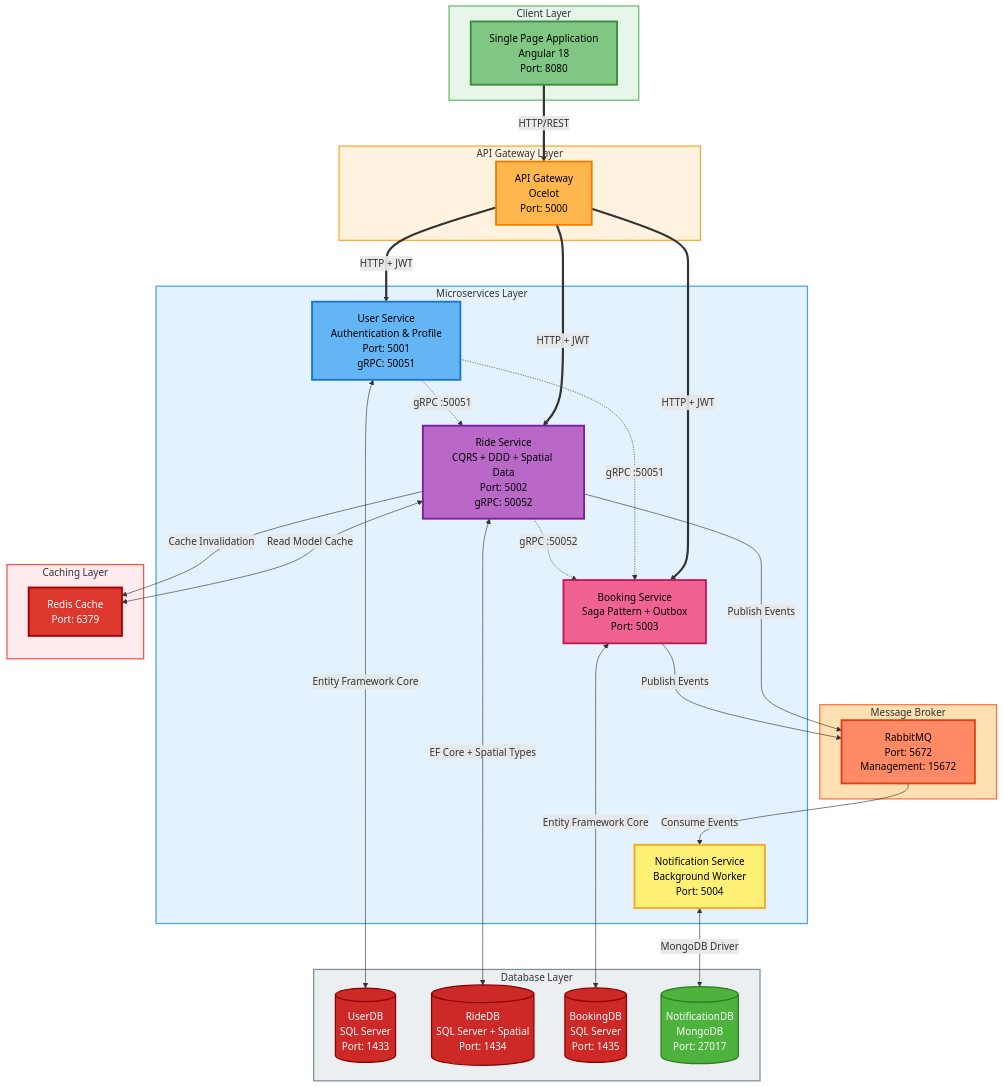
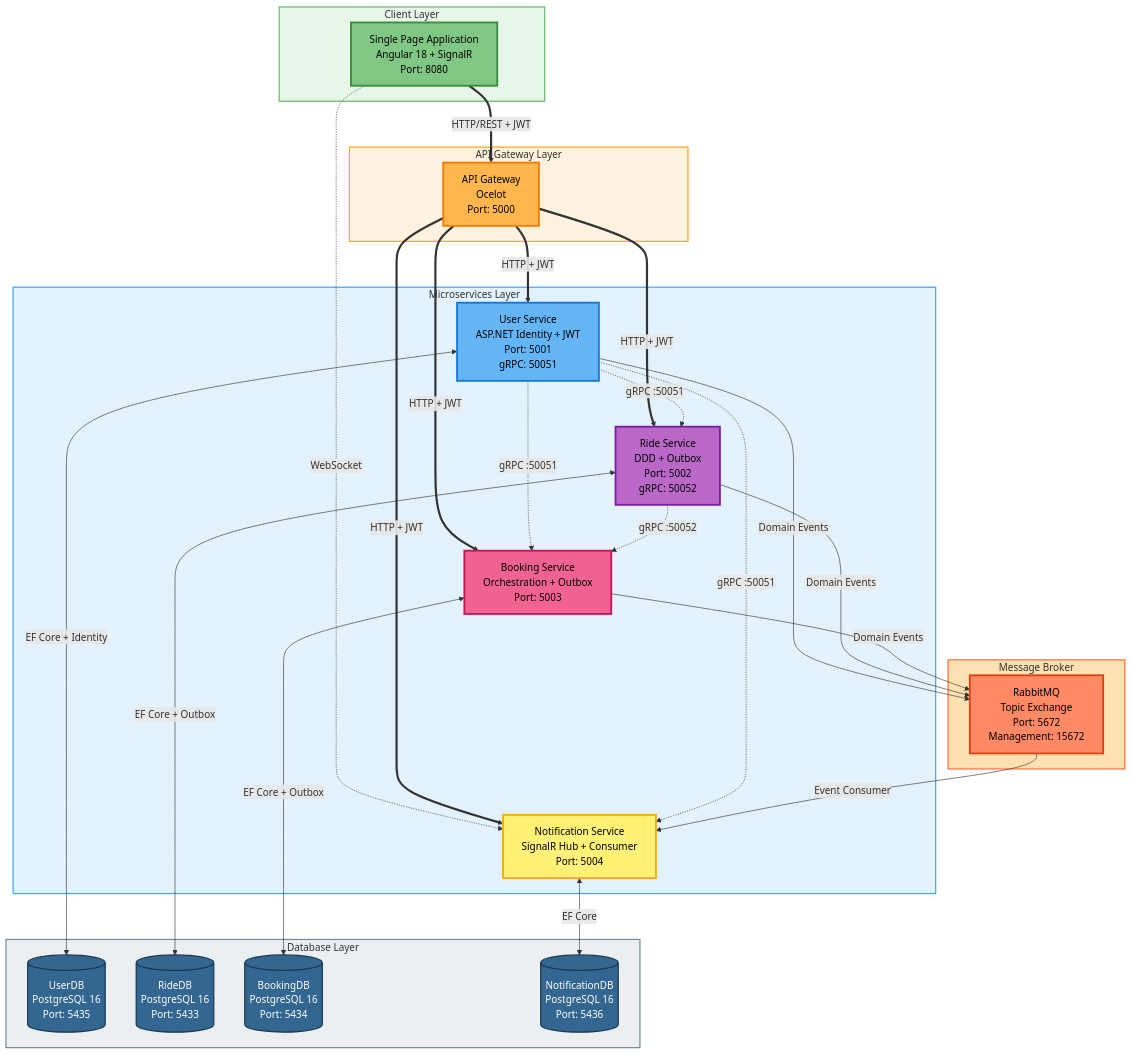
Before and after one commit to marijaa010/RideBuddy: the diagram in RideBuddy/diagrams/systemArchitecture.mmd, drawn with Mermaid.

```diff
--- a/RideBuddy/diagrams/systemArchitecture.mmd
+++ b/RideBuddy/diagrams/systemArchitecture.mmd
@@ -1,71 +1,67 @@
 graph TB
     subgraph Client["Client Layer"]
-        SPA["Single Page Application<br/>Angular 18<br/>Port: 8080"]
+        SPA["Single Page Application<br/>Angular 18 + SignalR<br/>Port: 8080"]
     end
     
     subgraph Gateway["API Gateway Layer"]
         APIGW["API Gateway<br/>Ocelot<br/>Port: 5000"]
     end
     
     subgraph Services["Microservices Layer"]
-        US["User Service<br/>Authentication & Profile<br/>Port: 5001<br/>gRPC: 50051"]
-        RS["Ride Service<br/>CQRS + DDD + Spatial Data<br/>Port: 5002<br/>gRPC: 50052"]
-        BS["Booking Service<br/>Saga Pattern + Outbox<br/>Port: 5003"]
-        NS["Notification Service<br/>Background Worker<br/>Port: 5004"]
-    end
-    
-    subgraph Cache["Caching Layer"]
-        Redis["Redis Cache<br/>Port: 6379"]
+        US["User Service<br/>ASP.NET Identity + JWT<br/>Port: 5001<br/>gRPC: 50051"]
+        RS["Ride Service<br/>DDD + Outbox<br/>Port: 5002<br/>gRPC: 50052"]
+        BS["Booking Service<br/>Orchestration + Outbox<br/>Port: 5003"]
+        NS["Notification Service<br/>SignalR Hub + Consumer<br/>Port: 5004"]
     end
     
     subgraph Messaging["Message Broker"]
-        RMQ["RabbitMQ<br/>Port: 5672<br/>Management: 15672"]
+        RMQ["RabbitMQ<br/>Topic Exchange<br/>Port: 5672<br/>Management: 15672"]
     end
     
     subgraph Databases["Database Layer"]
-        DB1[("UserDB<br/>SQL Server<br/>Port: 1433")]
-        DB2[("RideDB<br/>SQL Server + Spatial<br/>Port: 1434")]
-        DB3[("BookingDB<br/>SQL Server<br/>Port: 1435")]
-        DB4[("NotificationDB<br/>MongoDB<br/>Port: 27017")]
+        DB1[("UserDB<br/>PostgreSQL 16<br/>Port: 5435")]
+        DB2[("RideDB<br/>PostgreSQL 16<br/>Port: 5433")]
+        DB3[("BookingDB<br/>PostgreSQL 16<br/>Port: 5434")]
+        DB4[("NotificationDB<br/>PostgreSQL 16<br/>Port: 5436")]
     end
     
-    SPA ==>|HTTP/REST| APIGW
+    SPA ==>|HTTP/REST + JWT| APIGW
+    SPA -.->|WebSocket| NS
+    
     APIGW ==>|HTTP + JWT| US
     APIGW ==>|HTTP + JWT| RS
     APIGW ==>|HTTP + JWT| BS
+    APIGW ==>|HTTP + JWT| NS
     
     US -.->|gRPC :50051| RS
     US -.->|gRPC :50051| BS
+    US -.->|gRPC :50051| NS
     RS -.->|gRPC :50052| BS
     
-    RS -->|Publish Events| RMQ
-    BS -->|Publish Events| RMQ
-    RMQ -->|Consume Events| NS
+    US -->|Domain Events| RMQ
+    RS -->|Domain Events| RMQ
+    BS -->|Domain Events| RMQ
+    RMQ -->|Event Consumer| NS
     
-    RS <-->|Read Model Cache| Redis
-    RS -->|Cache Invalidation| Redis
-    
-    US <-->|Entity Framework Core| DB1
-    RS <-->|EF Core + Spatial Types| DB2
-    BS <-->|Entity Framework Core| DB3
-    NS <-->|MongoDB Driver| DB4
+    US <-->|EF Core + Identity| DB1
+    RS <-->|EF Core + Outbox| DB2
+    BS <-->|EF Core + Outbox| DB3
+    NS <-->|EF Core| DB4
     
     style SPA fill:#81C784,stroke:#388E3C,stroke-width:3px,color:#000
     style APIGW fill:#FFB74D,stroke:#F57C00,stroke-width:3px,color:#000
     style US fill:#64B5F6,stroke:#1976D2,stroke-width:3px,color:#000
     style RS fill:#BA68C8,stroke:#7B1FA2,stroke-width:3px,color:#000
     style BS fill:#F06292,stroke:#C2185B,stroke-width:3px,color:#000
     style NS fill:#FFF176,stroke:#F9A825,stroke-width:3px,color:#000
-    style Redis fill:#DC382D,stroke:#A50000,stroke-width:3px,color:#fff
     style RMQ fill:#FF8A65,stroke:#D84315,stroke-width:3px,color:#000
-    style DB1 fill:#CC2927,stroke:#8B0000,stroke-width:2px,color:#fff
-    style DB2 fill:#CC2927,stroke:#8B0000,stroke-width:2px,color:#fff
-    style DB3 fill:#CC2927,stroke:#8B0000,stroke-width:2px,color:#fff
-    style DB4 fill:#4DB33D,stroke:#2D7A1F,stroke-width:2px,color:#fff
+    style DB1 fill:#336791,stroke:#1A3A52,stroke-width:2px,color:#fff
+    style DB2 fill:#336791,stroke:#1A3A52,stroke-width:2px,color:#fff
+    style DB3 fill:#336791,stroke:#1A3A52,stroke-width:2px,color:#fff
+    style DB4 fill:#336791,stroke:#1A3A52,stroke-width:2px,color:#fff
     
     style Client fill:#E8F5E9,stroke:#66BB6A,stroke-width:2px
     style Gateway fill:#FFF3E0,stroke:#FFA726,stroke-width:2px
     style Services fill:#E3F2FD,stroke:#42A5F5,stroke-width:2px
-    style Cache fill:#FFEBEE,stroke:#EF5350,stroke-width:2px
     style Messaging fill:#FFE0B2,stroke:#FF7043,stroke-width:2px
     style Databases fill:#ECEFF1,stroke:#78909C,stroke-width:2px
```
